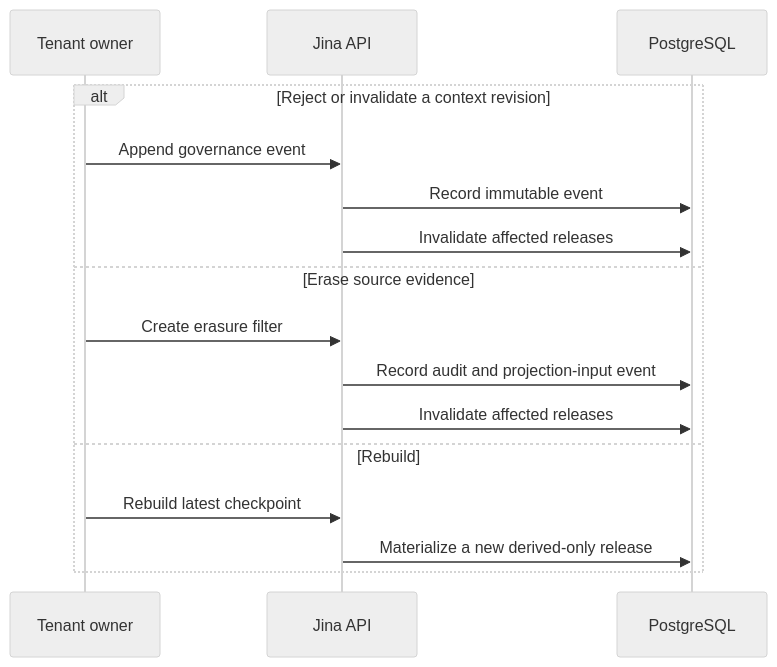
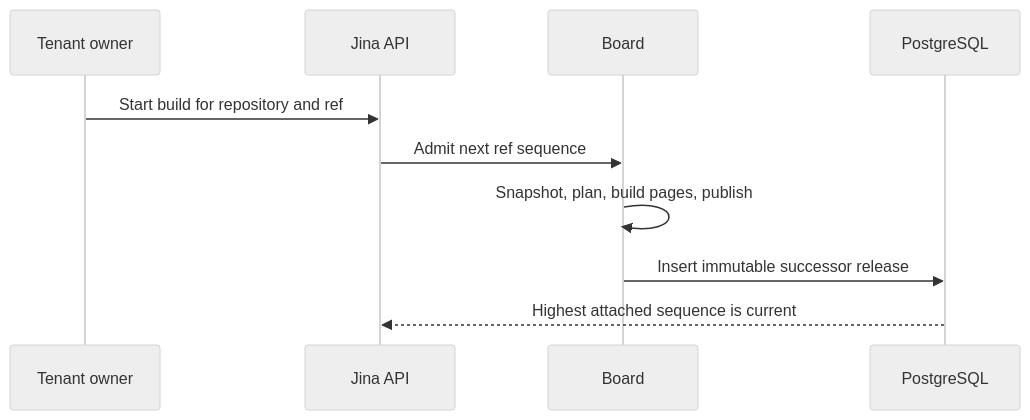
One commit to keon/jina-context-wiki-e2e-20260808 changed the eighth of 9 diagrams in docs/SEQUENCE_DIAGRAM.md. Above: the diagram before and after it, drawn with Mermaid (neutral theme). The commit also changed other lines of this file and 331 other files, not shown here.

````diff
--- a/docs/SEQUENCE_DIAGRAM.md
+++ b/docs/SEQUENCE_DIAGRAM.md
@@ -187,19 +231,13 @@
 ```mermaid
 sequenceDiagram
     participant O as Tenant owner
     participant API as Jina API
+    participant B as Board
     participant PG as PostgreSQL
 
-    alt Reject or invalidate a context revision
-        O->>API: Append governance event
-        API->>PG: Record immutable event
-        API->>PG: Invalidate affected releases
-    else Erase source evidence
-        O->>API: Create erasure filter
-        API->>PG: Record audit and projection-input event
-        API->>PG: Invalidate affected releases
-    else Rebuild
-        O->>API: Rebuild latest checkpoint
-        API->>PG: Materialize a new derived-only release
-    end
+    O->>API: Start build for repository and ref
+    API->>B: Admit next ref sequence
+    B->>B: Snapshot, plan, build pages, publish
+    B->>PG: Insert immutable successor release
+    PG-->>API: Highest attached sequence is current
 ```
````
